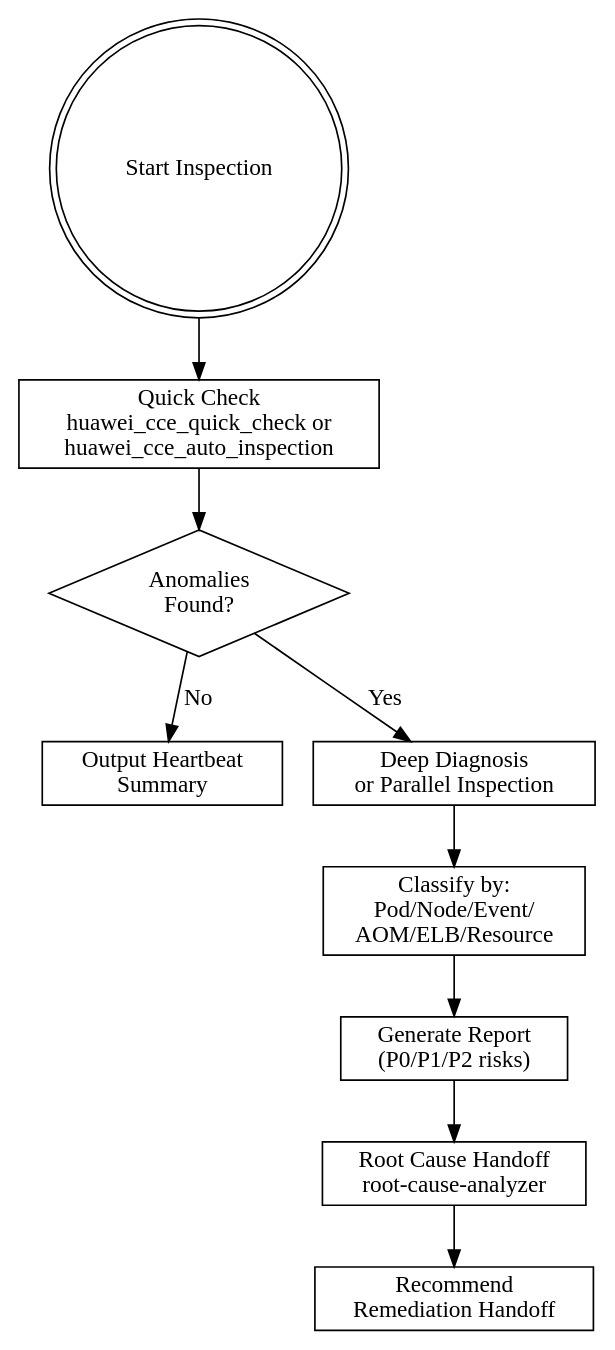
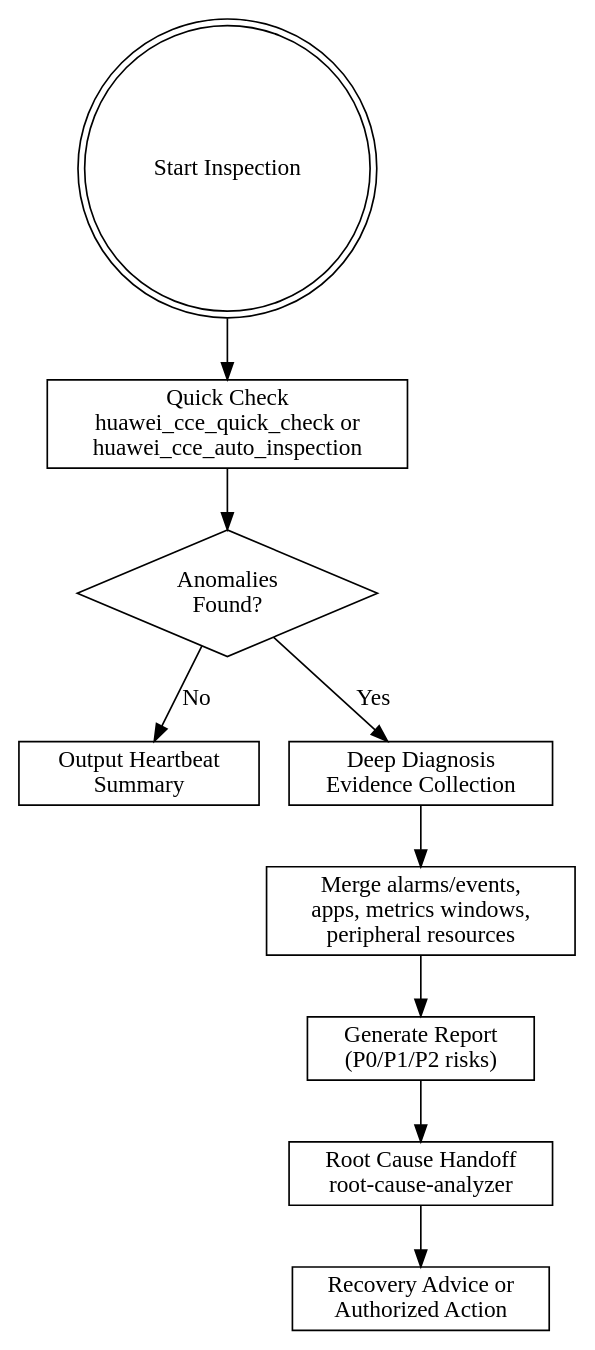
One commit to pancake0001/huawei-cloudnative-skills changed the diagram in releases/container/cce/huawei-cloud-cce-daily-cluster-inspector/SKILL.md. Above: the diagram before and after it, drawn with Graphviz. The commit also changed other lines of this file and 4 other files, not shown here.

Commit message:
Refine CCE inspection quick and deep diagnosis flow

````diff
--- a/releases/container/cce/huawei-cloud-cce-daily-cluster-inspector/SKILL.md
+++ b/releases/container/cce/huawei-cloud-cce-daily-cluster-inspector/SKILL.md
@@ -78,23 +78,23 @@
 ```dot
 digraph inspection_flow {
     rankdir=TB;
     start [shape=doublecircle label="Start Inspection"];
     quick [shape=box label="Quick Check\nhuawei_cce_quick_check or\nhuawei_cce_auto_inspection"];
     healthy [shape=box label="Output Heartbeat\nSummary"];
     anomaly [shape=diamond label="Anomalies\nFound?"];
-    deep [shape=box label="Deep Diagnosis\nor Parallel Inspection"];
-    classify [shape=box label="Classify by:\nPod/Node/Event/\nAOM/ELB/Resource"];
+    deep [shape=box label="Deep Diagnosis\nEvidence Collection"];
+    classify [shape=box label="Merge alarms/events,\napps, metrics windows,\nperipheral resources"];
     report [shape=box label="Generate Report\n(P0/P1/P2 risks)"];
     rca [shape=box label="Root Cause Handoff\nroot-cause-analyzer"];
-    handoff [shape=box label="Recommend\nRemediation Handoff"];
+    remediation [shape=box label="Recovery Advice or\nAuthorized Action"];
 
     start -> quick;
     quick -> anomaly;
     anomaly -> healthy [label="No"];
     anomaly -> deep [label="Yes"];
     deep -> classify;
     classify -> report;
     report -> rca;
-    rca -> handoff;
+    rca -> remediation;
 }
 ```
````
